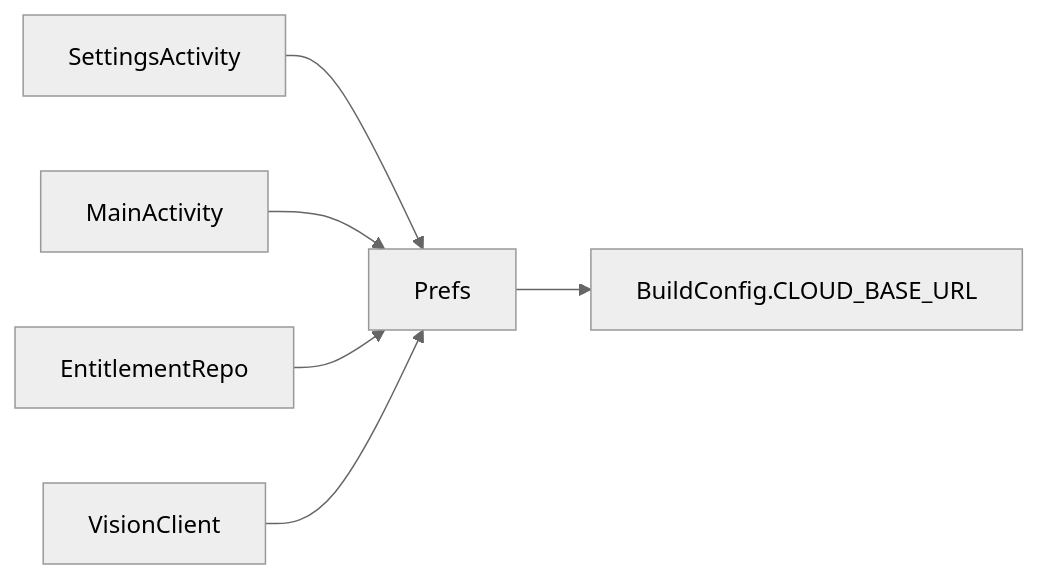
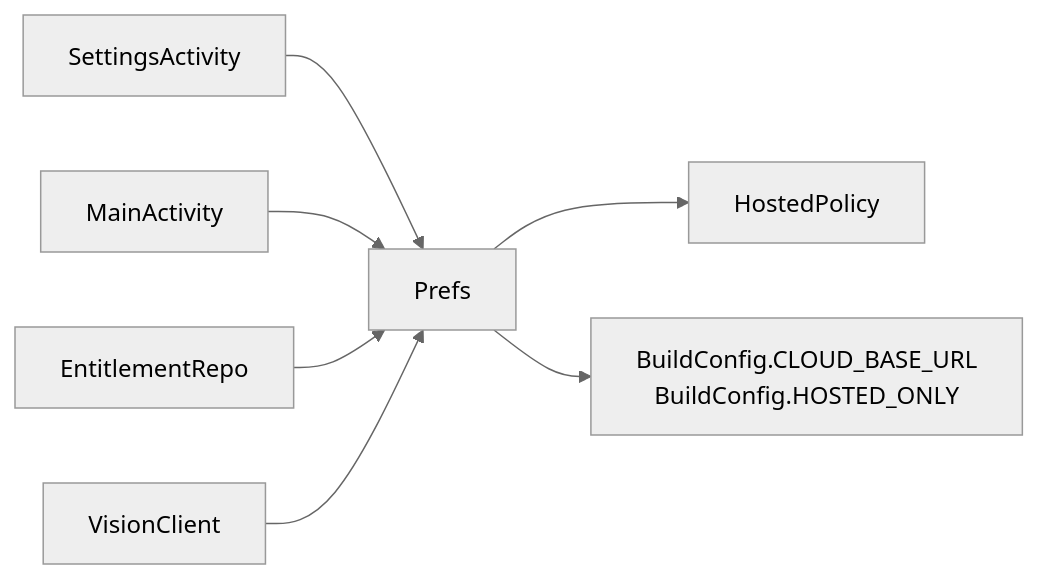
One commit to DeloYong/jev-chat-jarvis changed the ninth of 9 diagrams in .qoder/repowiki/en/content/Configuration Management.md. Above: the diagram before and after it, drawn with Mermaid (neutral theme). The commit also changed other lines of this file and 66 other files, not shown here.

````diff
--- a/.qoder/repowiki/en/content/Configuration Management.md
+++ b/.qoder/repowiki/en/content/Configuration Management.md
@@ -411,8 +491,9 @@
 ```mermaid
 graph LR
 Settings["SettingsActivity"] --> Prefs["Prefs"]
 Main["MainActivity"] --> Prefs
 Billing["EntitlementRepo"] --> Prefs
 Vision["VisionClient"] --> Prefs
-Prefs --> BuildConfig["BuildConfig.CLOUD_BASE_URL"]
+Prefs --> HostedPolicy["HostedPolicy"]
+Prefs --> BuildConfig["BuildConfig.CLOUD_BASE_URL<br/>BuildConfig.HOSTED_ONLY"]
 ```
````
